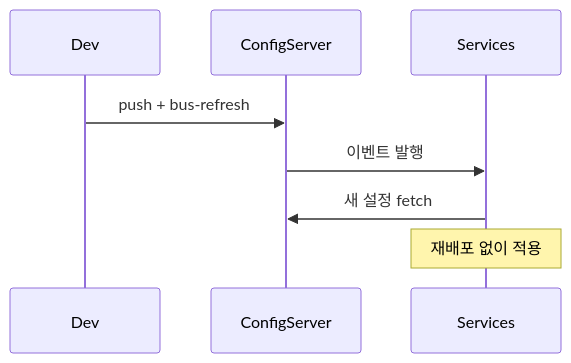
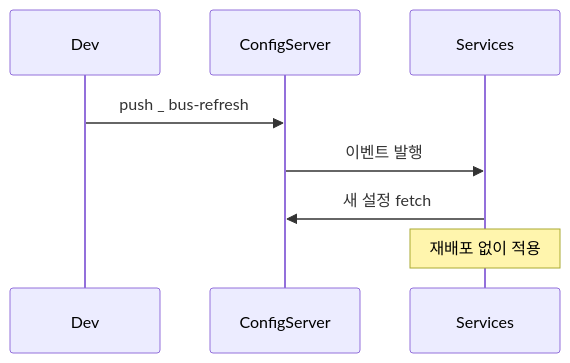
Before and after one commit to yjkim2015/yjkim2015.github.io: the second of 2 diagrams in _posts/spring/2026-05-01-spring-config.md, drawn with Mermaid. The commit also changed 38 other files, not shown here.

First line of the commit message:
Mermaid 파싱 에러 최종 수정 + 화살표 간격 확대

````diff
--- a/_posts/spring/2026-05-01-spring-config.md
+++ b/_posts/spring/2026-05-01-spring-config.md
@@ -158,10 +158,10 @@
 ```mermaid
 sequenceDiagram
     participant DEV as Dev
     participant CS as ConfigServer
     participant SVC as Services
-    DEV->>CS: push + bus-refresh
+    DEV->>CS: push _ bus-refresh
     CS->>SVC: 이벤트 발행
     SVC->>CS: 새 설정 fetch
     Note over SVC: 재배포 없이 적용
 ```
````
